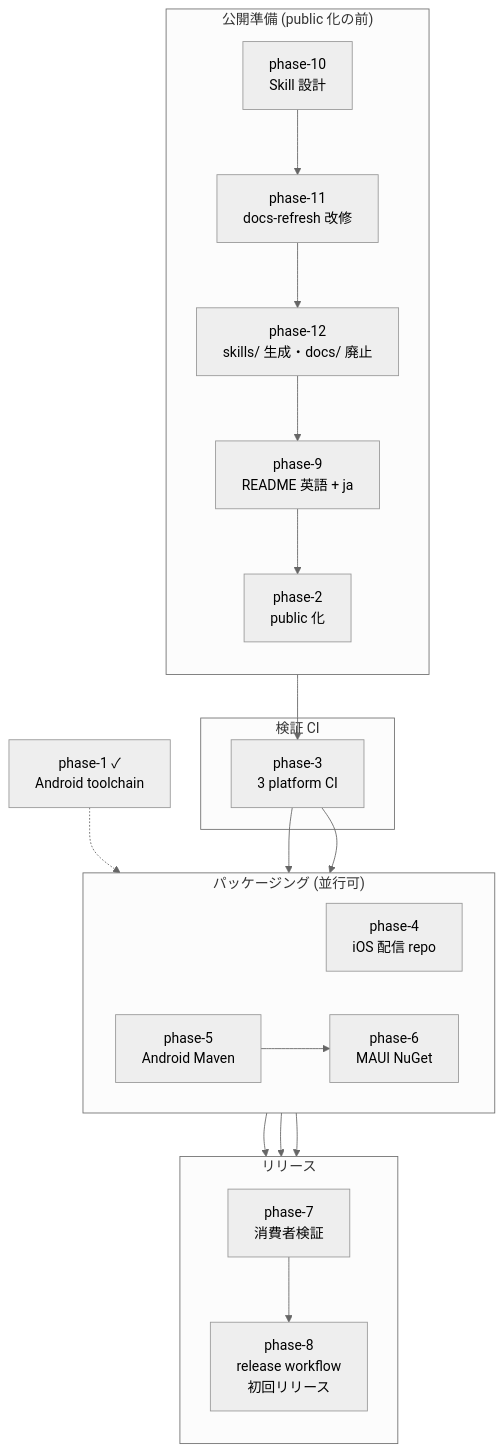
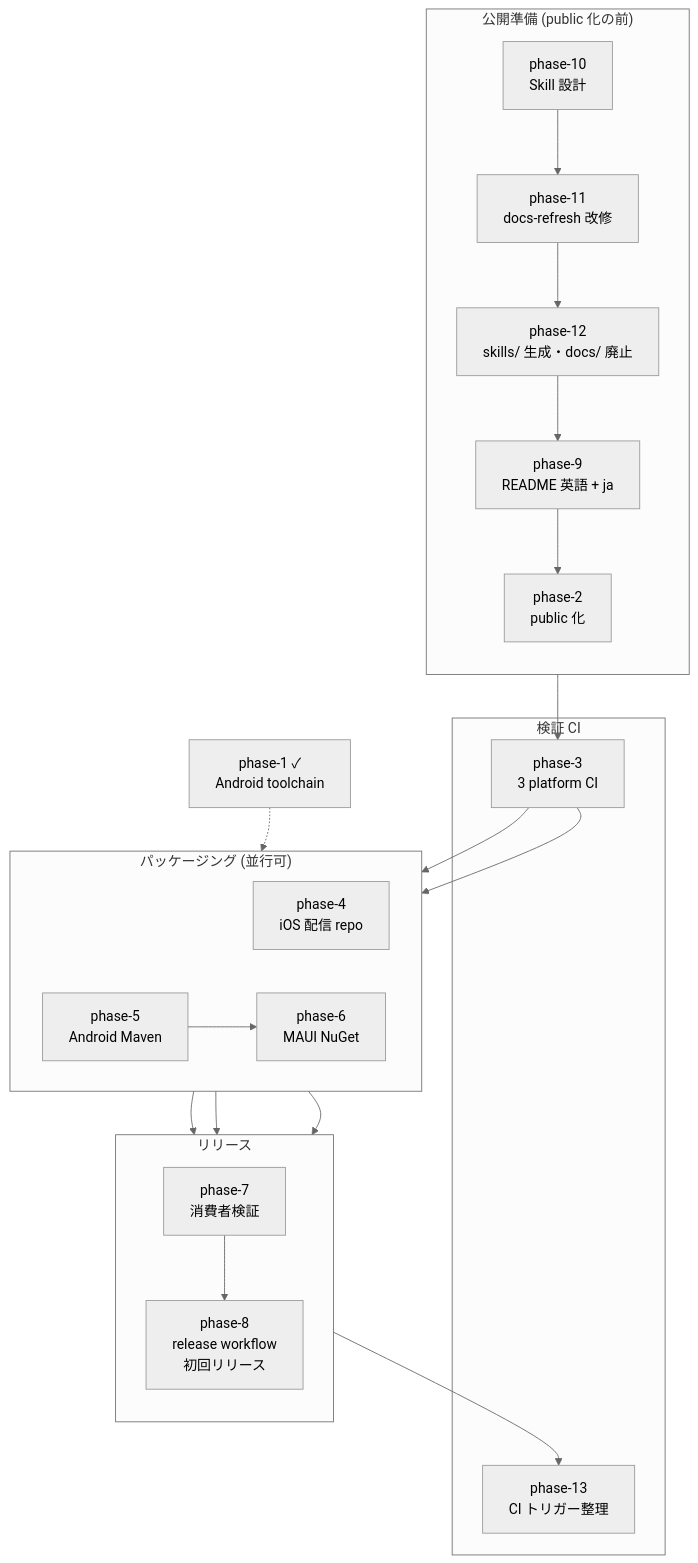
Before and after one commit to kamusoft/KsSettingsView: the diagram in kasane/roadmaps/package-distribution/roadmap.md, drawn with Mermaid (neutral theme). The commit also changed other lines of this file and 7 other files, not shown here.

````diff
--- a/kasane/roadmaps/package-distribution/roadmap.md
+++ b/kasane/roadmaps/package-distribution/roadmap.md
@@ -44,35 +44,37 @@
 ```mermaid
 graph TD
     subgraph PRE["公開準備 (public 化の前)"]
         direction TB
         P10[phase-10<br/>Skill 設計] --> P11[phase-11<br/>docs-refresh 改修]
         P11 --> P12[phase-12<br/>skills/ 生成・docs/ 廃止]
         P12 --> P9[phase-9<br/>README 英語 + ja]
         P9 --> P2[phase-2<br/>public 化]
     end
 
     subgraph CI["検証 CI"]
         P3[phase-3<br/>3 platform CI]
+        P13[phase-13<br/>CI トリガー整理]
     end
 
     subgraph PKG["パッケージング (並行可)"]
         direction LR
         P4[phase-4<br/>iOS 配信 repo]
         P5[phase-5<br/>Android Maven]
         P6[phase-6<br/>MAUI NuGet]
         P5 --> P6
     end
 
     subgraph REL["リリース"]
         direction TB
         P7[phase-7<br/>消費者検証] --> P8[phase-8<br/>release workflow<br/>初回リリース]
     end
 
     P1[phase-1 ✓<br/>Android toolchain] -.-> P5
     P2 --> P3
     P3 --> P4
     P3 --> P5
     P4 --> P7
     P5 --> P7
     P6 --> P7
+    P8 --> P13
 ```
````
